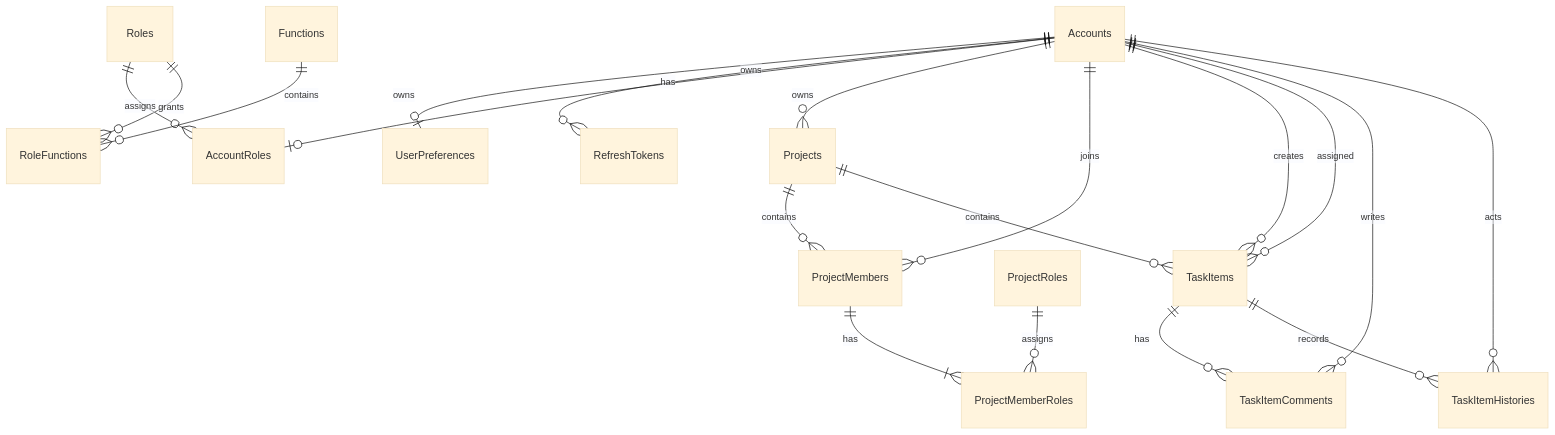
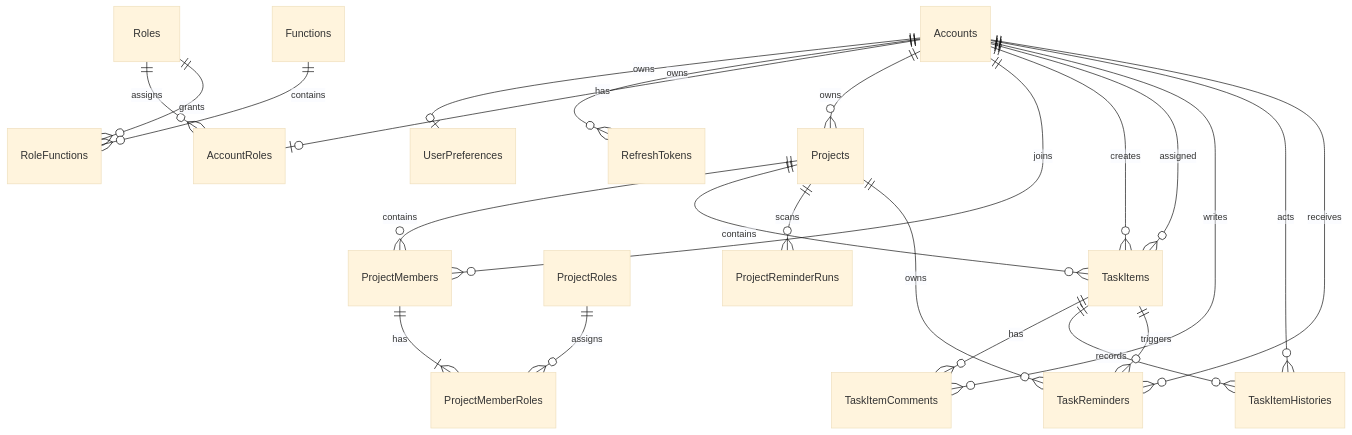
One commit to JJDing-Louis/ProjectManagementWeb_Spec changed the diagram in Schema.md. Above: the diagram before and after it, drawn with Mermaid (base theme). The commit also changed other lines of this file and 13 other files, not shown here.

````diff
--- a/Schema.md
+++ b/Schema.md
@@ -26,23 +26,27 @@
 ```mermaid
 erDiagram
     Accounts ||--o| UserPreferences : owns
     Accounts ||--o{ RefreshTokens : owns
     Accounts ||--o| AccountRoles : has
     Roles ||--o{ AccountRoles : assigns
     Roles ||--o{ RoleFunctions : grants
     Functions ||--o{ RoleFunctions : contains
 
     Accounts ||--o{ Projects : owns
     Projects ||--o{ ProjectMembers : contains
     Accounts ||--o{ ProjectMembers : joins
     ProjectMembers ||--|{ ProjectMemberRoles : has
     ProjectRoles ||--o{ ProjectMemberRoles : assigns
 
     Projects ||--o{ TaskItems : contains
     Accounts ||--o{ TaskItems : creates
     Accounts ||--o{ TaskItems : assigned
     TaskItems ||--o{ TaskItemComments : has
     TaskItems ||--o{ TaskItemHistories : records
     Accounts ||--o{ TaskItemComments : writes
     Accounts ||--o{ TaskItemHistories : acts
+    Projects ||--o{ ProjectReminderRuns : scans
+    Projects ||--o{ TaskReminders : owns
+    TaskItems ||--o{ TaskReminders : triggers
+    Accounts ||--o{ TaskReminders : receives
 ```
````
